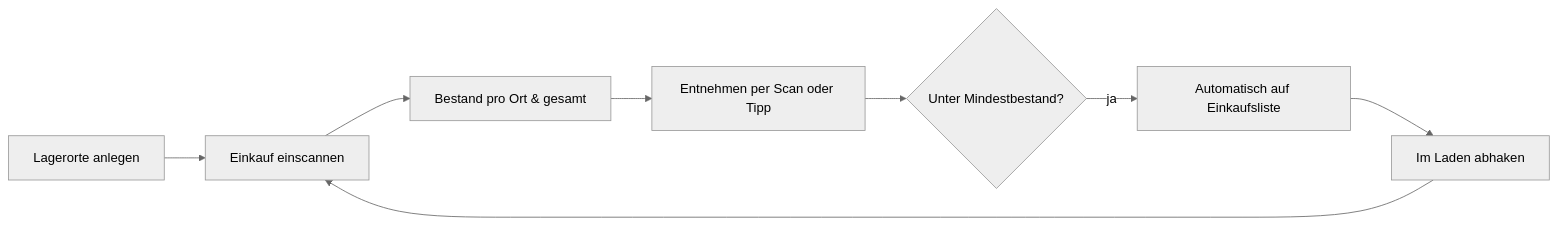
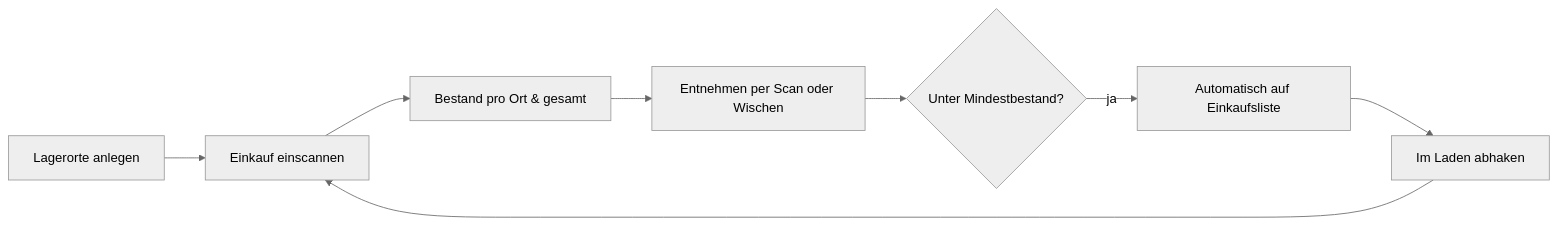
Before and after one commit to Moses20/DigitalStorageRoom: the diagram in docs/featues.md, drawn with Mermaid (neutral theme). The commit also changed other lines of this file, not shown here.

````diff
--- a/docs/featues.md
+++ b/docs/featues.md
@@ -205,10 +183,10 @@
 ```mermaid
 flowchart LR
     A[Lagerorte anlegen] --> B[Einkauf einscannen]
     B --> C[Bestand pro Ort & gesamt]
-    C --> D[Entnehmen per Scan oder Tipp]
+    C --> D[Entnehmen per Scan oder Wischen]
     D --> E{Unter Mindestbestand?}
     E -- ja --> F[Automatisch auf Einkaufsliste]
     F --> G[Im Laden abhaken]
     G --> B
 ```
````
